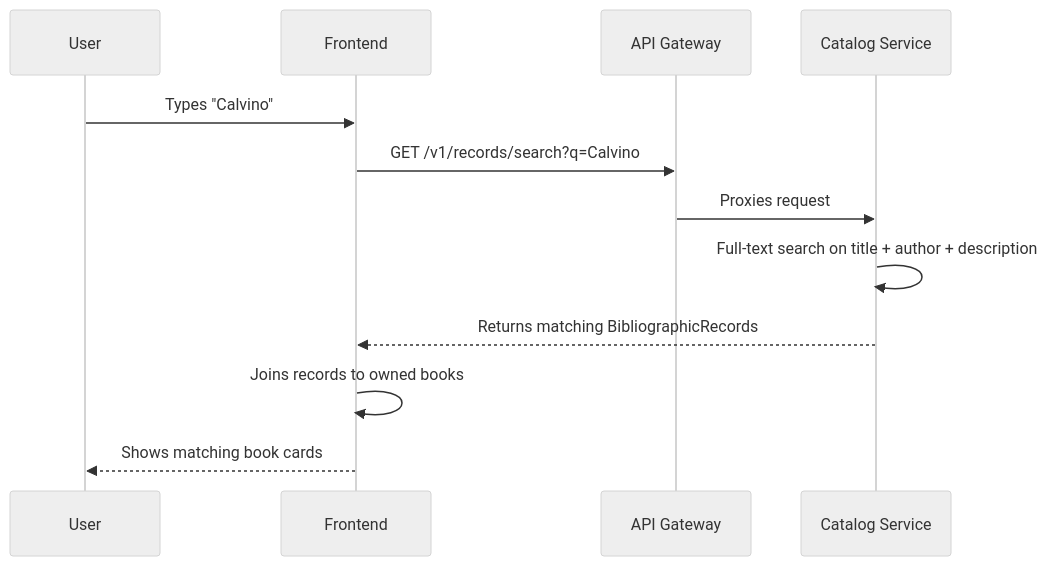
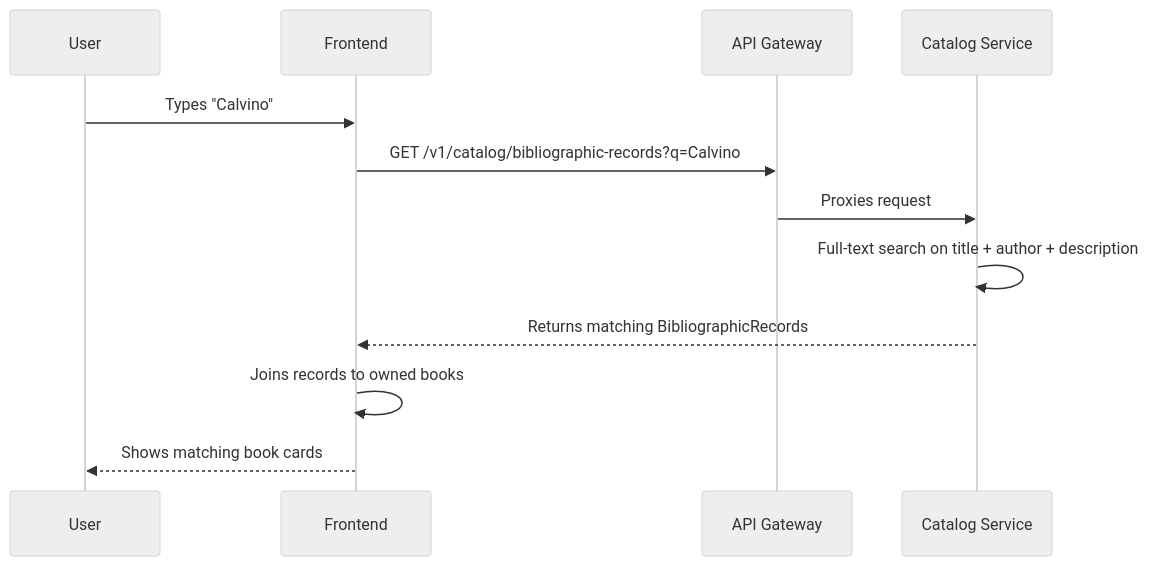
One commit to jinbocho/jinbocho.github.io changed the diagram in docs/user/06-search-filters.md. Above: the diagram before and after it, drawn with Mermaid (neutral theme). The commit also changed 46 other files, not shown here.

````diff
--- a/docs/user/06-search-filters.md
+++ b/docs/user/06-search-filters.md
@@ -16,15 +16,15 @@
 ```mermaid
 sequenceDiagram
     participant U as User
     participant FE as Frontend
     participant API as API Gateway
     participant Cat as Catalog Service
 
     U->>FE: Types "Calvino"
-    FE->>API: GET /v1/records/search?q=Calvino
+    FE->>API: GET /v1/catalog/bibliographic-records?q=Calvino
     API->>Cat: Proxies request
     Cat->>Cat: Full-text search on title + author + description
     Cat-->>FE: Returns matching BibliographicRecords
     FE->>FE: Joins records to owned books
     FE-->>U: Shows matching book cards
 ```
````
